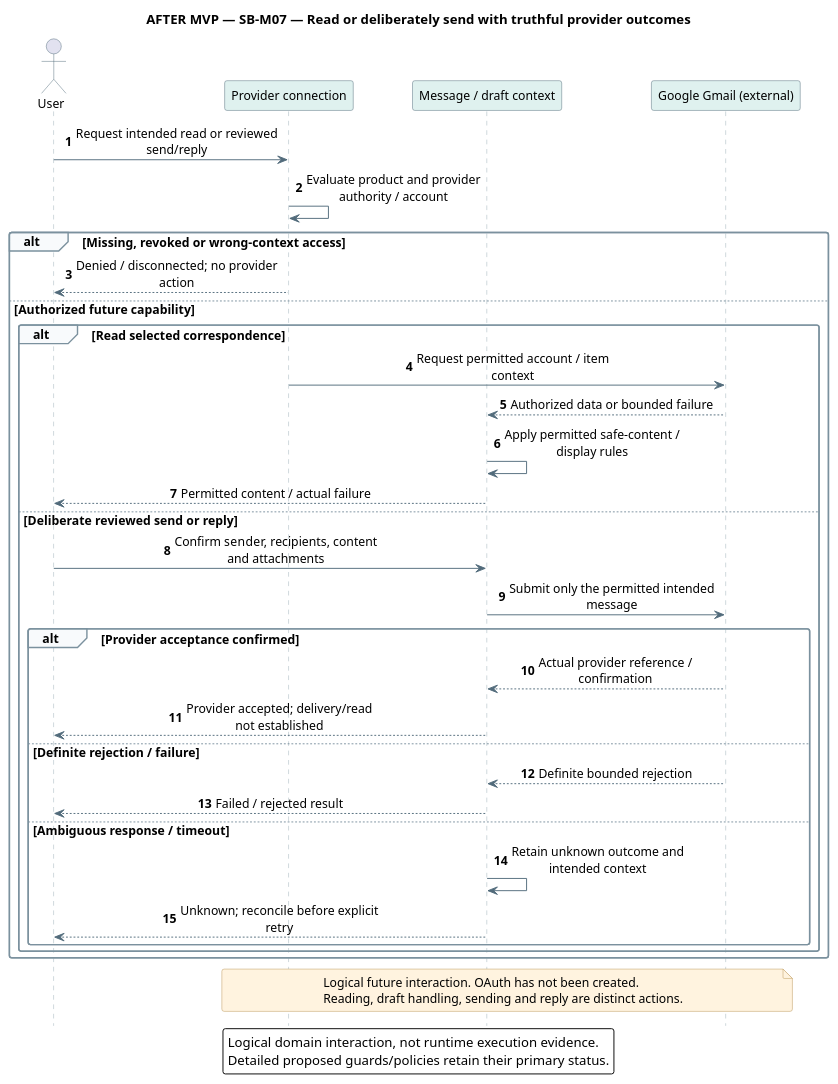
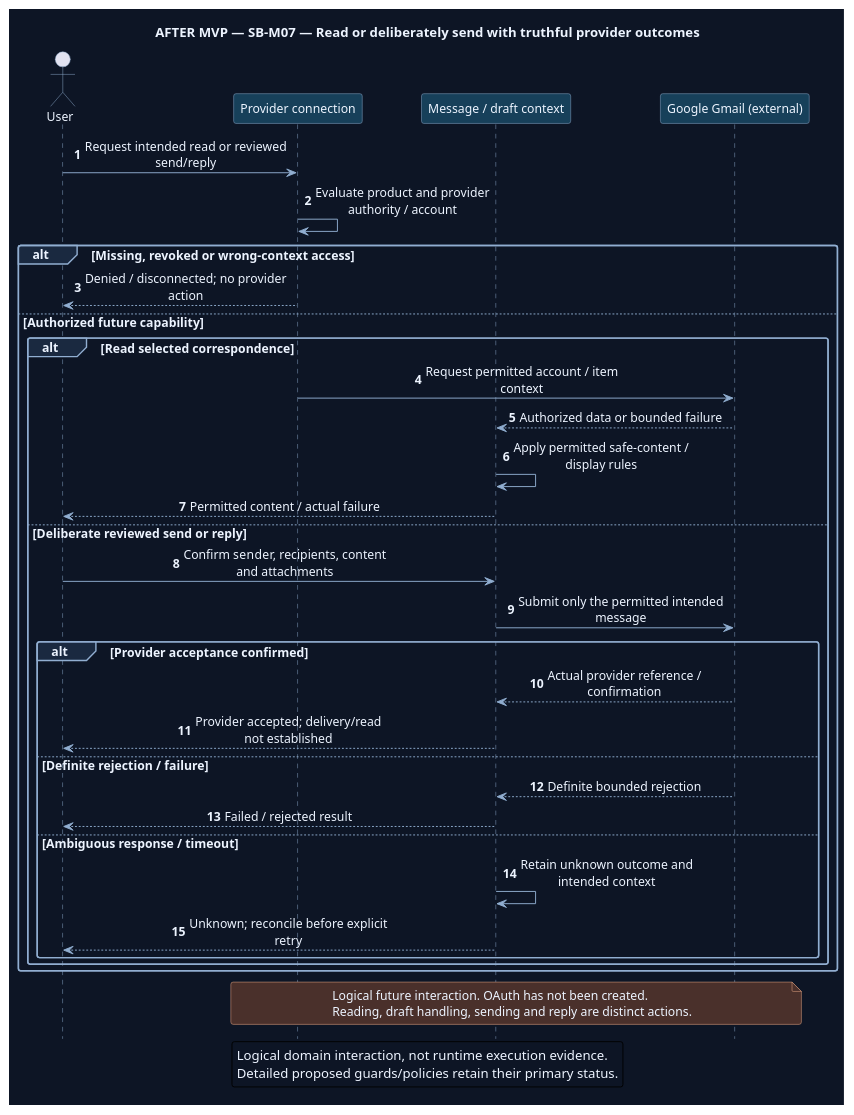
One commit to Farhad-V/Web-Resumefolio changed the diagram in Docs/SDLC/03-System-Analysis/Diagrams/Scenario-Gmail-Read-Send-Outcomes.puml. Above: the diagram before and after it, drawn with PlantUML. The commit also changed 1772 other files, not shown here.

```diff
--- a/Docs/SDLC/03-System-Analysis/Diagrams/Scenario-Gmail-Read-Send-Outcomes.puml
+++ b/Docs/SDLC/03-System-Analysis/Diagrams/Scenario-Gmail-Read-Send-Outcomes.puml
@@ -1,60 +1,61 @@
 @startuml
 ' OWNER-MVP-2026-11-04 review: Future after MVP. Provider, advanced Sprint/review, or untrusted execution requirement retained as deferred.
-skinparam backgroundColor white
+skinparam backgroundColor #0D1525
+skinparam defaultFontColor #EDF4FF
 skinparam defaultFontName Segoe UI
 skinparam defaultFontSize 13
 skinparam shadowing false
 skinparam roundcorner 5
-skinparam ArrowColor #526B7B
+skinparam ArrowColor #91AED1
 skinparam sequenceMessageAlign center
-skinparam sequenceParticipantBackgroundColor #DFF1EF
-skinparam sequenceParticipantBorderColor #526B7B
-skinparam sequenceActorBorderColor #526B7B
-skinparam sequenceLifeLineBorderColor #9AAEB7
-skinparam sequenceGroupBackgroundColor #F8FAFC
-skinparam sequenceGroupBorderColor #7B919E
-skinparam sequenceDividerBackgroundColor #EDF4FB
-skinparam noteBackgroundColor #FFF3DF
-skinparam noteBorderColor #B99557
+skinparam sequenceParticipantBackgroundColor #17405A
+skinparam sequenceParticipantBorderColor #91AED1
+skinparam sequenceActorBorderColor #91AED1
+skinparam sequenceLifeLineBorderColor #91AED1
+skinparam sequenceGroupBackgroundColor #1A2940
+skinparam sequenceGroupBorderColor #91AED1
+skinparam sequenceDividerBackgroundColor #1A2940
+skinparam noteBackgroundColor #4A302B
+skinparam noteBorderColor #F1AD8A
 skinparam maxMessageSize 220
 hide footbox
 autonumber
 title AFTER MVP — SB-M07 — Read or deliberately send with truthful provider outcomes
 actor User as U
 participant "Provider connection" as C
 participant "Message / draft context" as M
 participant "Google Gmail (external)" as G
 U -> C : Request intended read or reviewed send/reply
 C -> C : Evaluate product and provider authority / account
 alt Missing, revoked or wrong-context access
  C --> U : Denied / disconnected; no provider action
 else Authorized future capability
  alt Read selected correspondence
   C -> G : Request permitted account / item context
   G --> M : Authorized data or bounded failure
   M -> M : Apply permitted safe-content / display rules
   M --> U : Permitted content / actual failure
  else Deliberate reviewed send or reply
   U -> M : Confirm sender, recipients, content and attachments
   M -> G : Submit only the permitted intended message
   alt Provider acceptance confirmed
    G --> M : Actual provider reference / confirmation
    M --> U : Provider accepted; delivery/read not established
   else Definite rejection / failure
    G --> M : Definite bounded rejection
    M --> U : Failed / rejected result
   else Ambiguous response / timeout
    M -> M : Retain unknown outcome and intended context
    M --> U : Unknown; reconcile before explicit retry
   end
  end
 end
 note over C,G
 Logical future interaction. OAuth has not been created.
 Reading, draft handling, sending and reply are distinct actions.
 end note
 legend bottom
 Logical domain interaction, not runtime execution evidence.
 Detailed proposed guards/policies retain their primary status.
 endlegend
 @enduml
```
